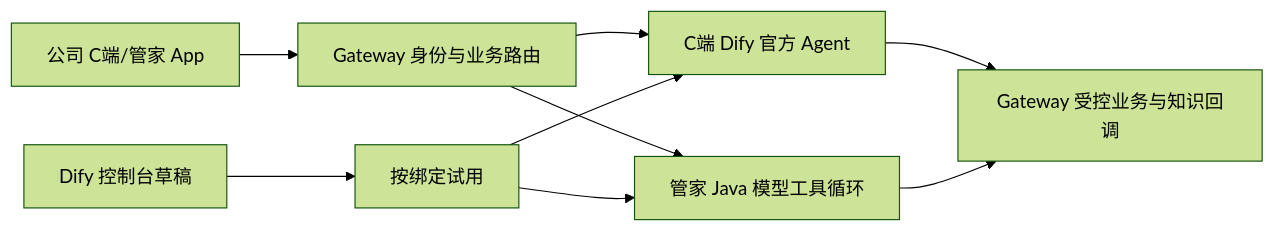
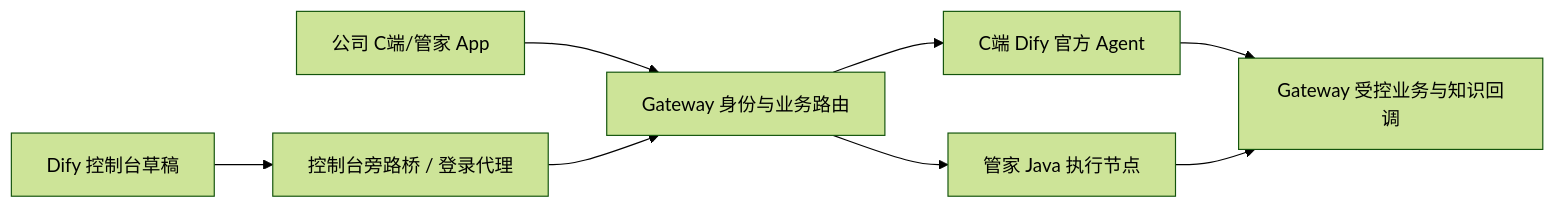
One commit to kilbertert/AI-Ops changed the diagram in README.md. Above: the diagram before and after it, drawn with Mermaid (forest theme). The commit also changed other lines of this file and 34 other files, not shown here.

First line of the commit message:
refactor(gateway): migrate standard_diagnoses to async_jobs (schema v4), streamline README, and archive obsolete docs (ADR-0340) (#1726)

````diff
--- a/README.md
+++ b/README.md
@@ -26,11 +16,10 @@
 ```mermaid
 flowchart LR
   App[公司 C端/管家 App] --> Gateway[Gateway 身份与业务路由]
   Gateway --> Consumer[C端 Dify 官方 Agent]
-  Gateway --> Node[管家 Java 模型工具循环]
-  Console[Dify 控制台草稿] --> Trial[按绑定试用]
-  Trial --> Consumer
-  Trial --> Node
+  Gateway --> Node[管家 Java 执行节点]
+  Console[Dify 控制台草稿] --> Bridge[控制台旁路桥 / 登录代理]
+  Bridge --> Gateway
   Consumer --> Data[Gateway 受控业务与知识回调]
   Node --> Data
 ```
````
